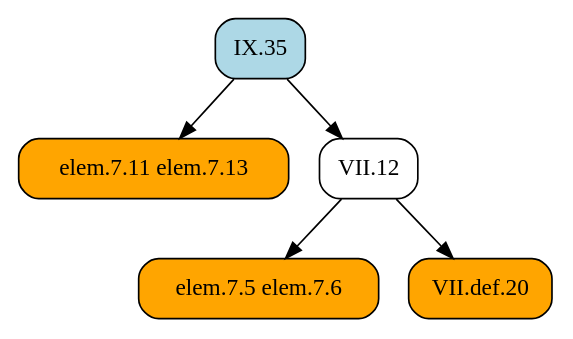
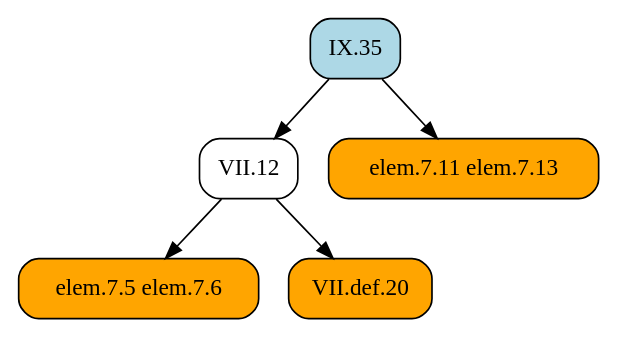
One commit to geometor/elements changed the diagram in docsrc/heath/IX/35/index.rst. Above: the diagram before and after it, drawn with Graphviz. The commit also changed other lines of this file and 484 other files, not shown here.

```diff
--- a/docsrc/heath/IX/35/index.rst
+++ b/docsrc/heath/IX/35/index.rst
@@ -38,15 +38,15 @@
 .. graphviz::
 
    digraph {
      rankdir="TB";
      node [shape=box, style=rounded];
+     "VII.12" [URL="/heath/VII/12/", target="_top"];
+     "elem.7.11 elem.7.13" [style="rounded,filled", fillcolor=orange];
      "elem.7.5 elem.7.6" [style="rounded,filled", fillcolor=orange];
      "IX.35" [style="rounded,filled", fillcolor=lightblue, URL="/heath/IX/35/", target="_top"];
-     "elem.7.11 elem.7.13" [style="rounded,filled", fillcolor=orange];
      "VII.def.20" [style="rounded,filled", fillcolor=orange, URL="/heath/VII/def.20/", target="_top"];
-     "VII.12" [URL="/heath/VII/12/", target="_top"];
+     "IX.35" -> "VII.12";
+     "IX.35" -> "elem.7.11 elem.7.13";
      "VII.12" -> "elem.7.5 elem.7.6";
-     "IX.35" -> "elem.7.11 elem.7.13";
      "VII.12" -> "VII.def.20";
-     "IX.35" -> "VII.12";
    }
```
